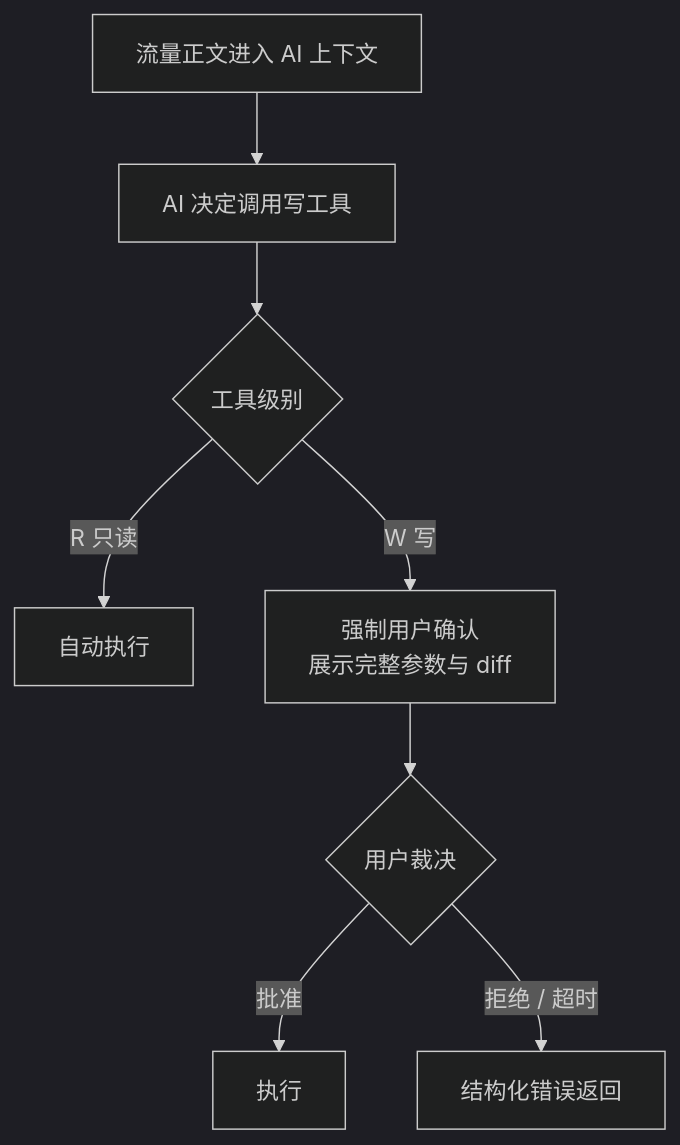
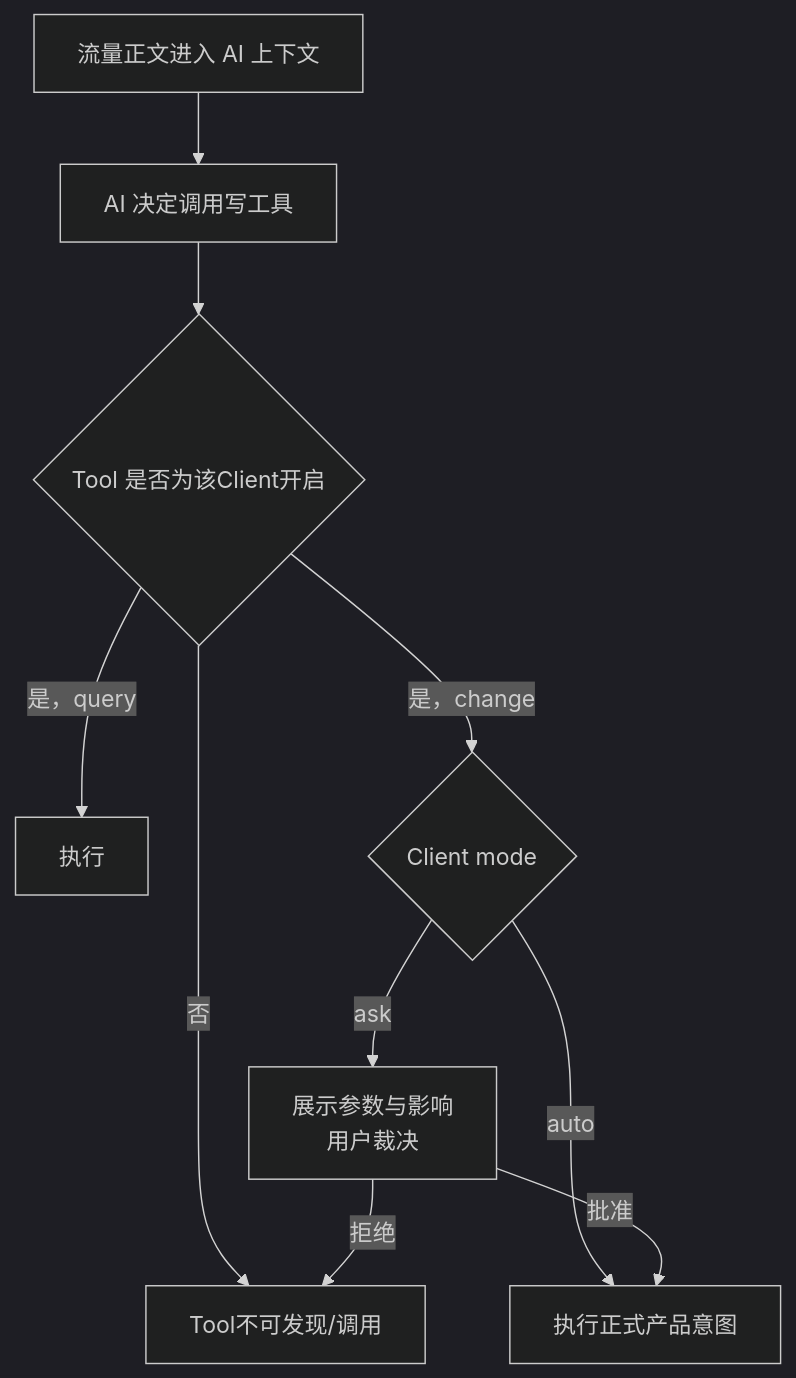
Before and after one commit to zhxmt-xm/Interceptor: the ninth of 9 diagrams in architecture/features/mcp.md, drawn with Mermaid (dark theme). The commit also changed other lines of this file and 14 other files, not shown here.

Commit message:
docs(agent): define shared tool capability roadmap

````diff
--- a/architecture/features/mcp.md
+++ b/architecture/features/mcp.md
@@ -449,10 +442,12 @@
 ```mermaid
 flowchart TD
     A["流量正文进入 AI 上下文"] --> B["AI 决定调用写工具"]
-    B --> C{"工具级别"}
-    C -->|R 只读| D["自动执行"]
-    C -->|W 写| E["强制用户确认<br/>展示完整参数与 diff"]
-    E --> F{"用户裁决"}
-    F -->|批准| G["执行"]
-    F -->|拒绝 / 超时| H["结构化错误返回"]
+    B --> C{"Tool 是否为该Client开启"}
+    C -->|否| H["Tool不可发现/调用"]
+    C -->|是，query| D["执行"]
+    C -->|是，change| E{"Client mode"}
+    E -->|ask| F["展示参数与影响<br/>用户裁决"]
+    E -->|auto| G["执行正式产品意图"]
+    F -->|批准| G
+    F -->|拒绝| H
 ```
````
